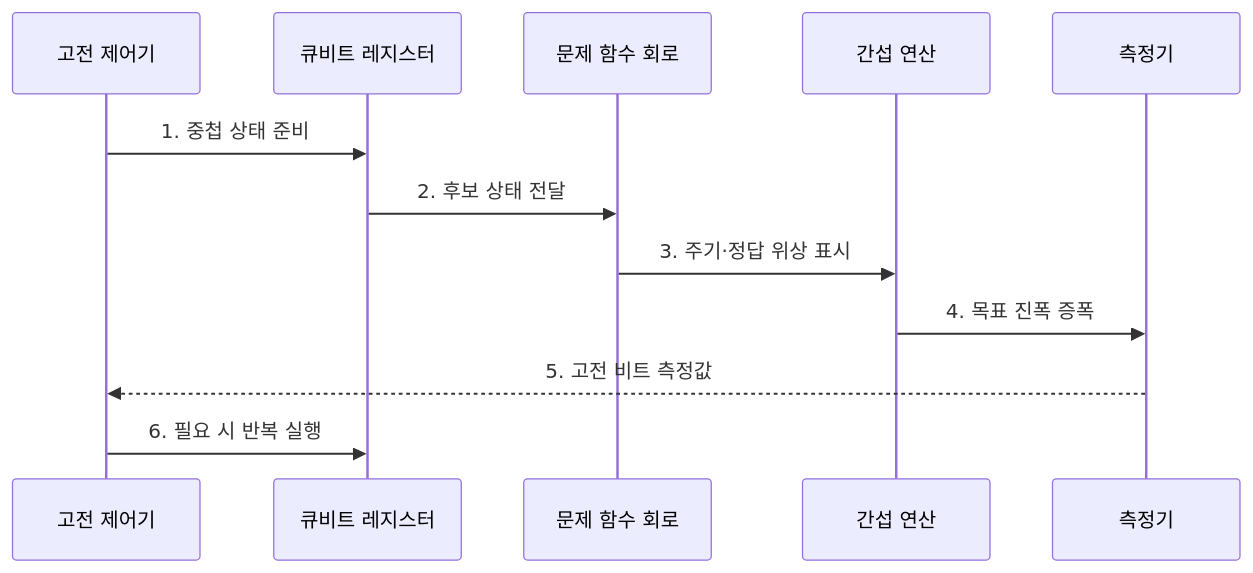
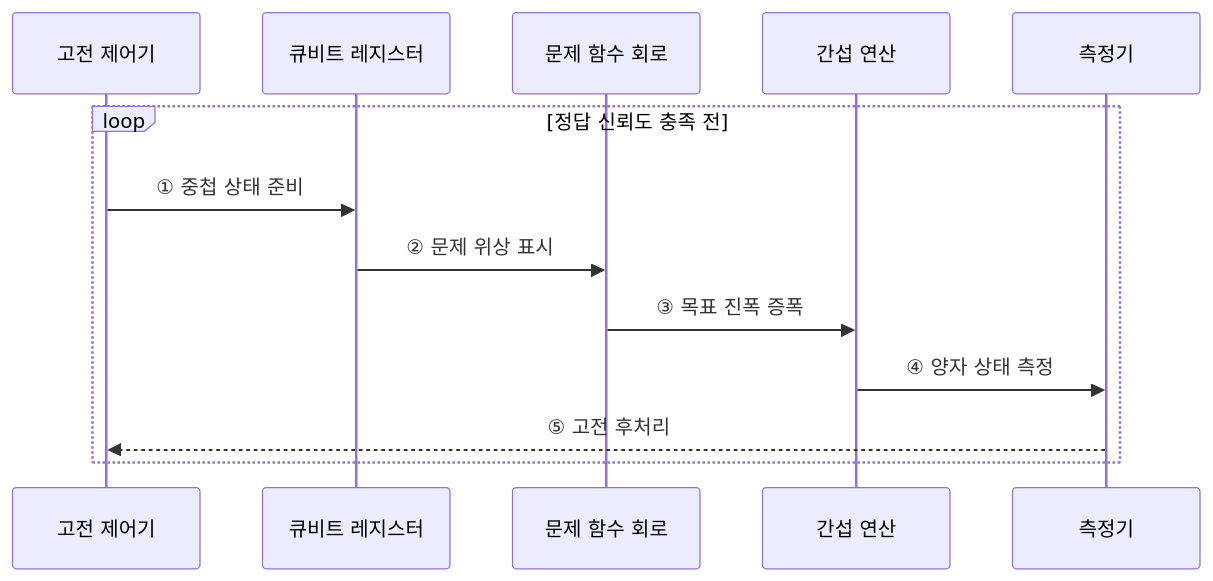
The fourth of 4 diagrams in src/content/docs/notes/01-basic-theory/062_quantum_algo_shor_grover.md (agnusdei1207/knowledge-base), drawn with Mermaid before and after one commit. The commit also changed other lines of this file and 22 other files, not shown here.

````diff
--- a/src/content/docs/notes/01-basic-theory/062_quantum_algo_shor_grover.md
+++ b/src/content/docs/notes/01-basic-theory/062_quantum_algo_shor_grover.md
@@ -75,14 +106,15 @@
 ```mermaid
 sequenceDiagram
     participant C as 고전 제어기
     participant R as 큐비트 레지스터
     participant F as 문제 함수 회로
     participant I as 간섭 연산
     participant M as 측정기
-    C->>R: 1. 중첩 상태 준비
-    R->>F: 2. 후보 상태 전달
-    F->>I: 3. 주기·정답 위상 표시
-    I->>M: 4. 목표 진폭 증폭
-    M-->>C: 5. 고전 비트 측정값
-    C->>R: 6. 필요 시 반복 실행
+    loop 정답 신뢰도 충족 전
+        C->>R: ① 중첩 상태 준비
+        R->>F: ② 문제 위상 표시
+        F->>I: ③ 목표 진폭 증폭
+        I->>M: ④ 양자 상태 측정
+        M-->>C: ⑤ 고전 후처리
+    end
 ```
````
